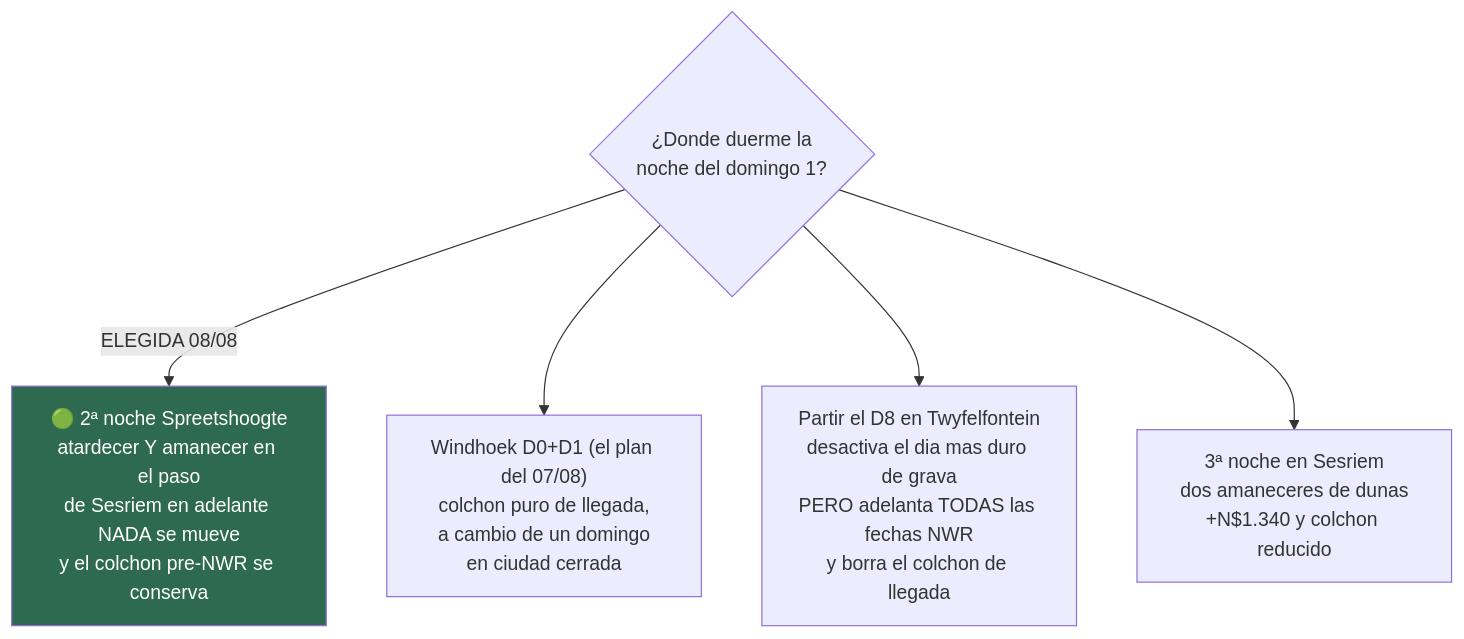
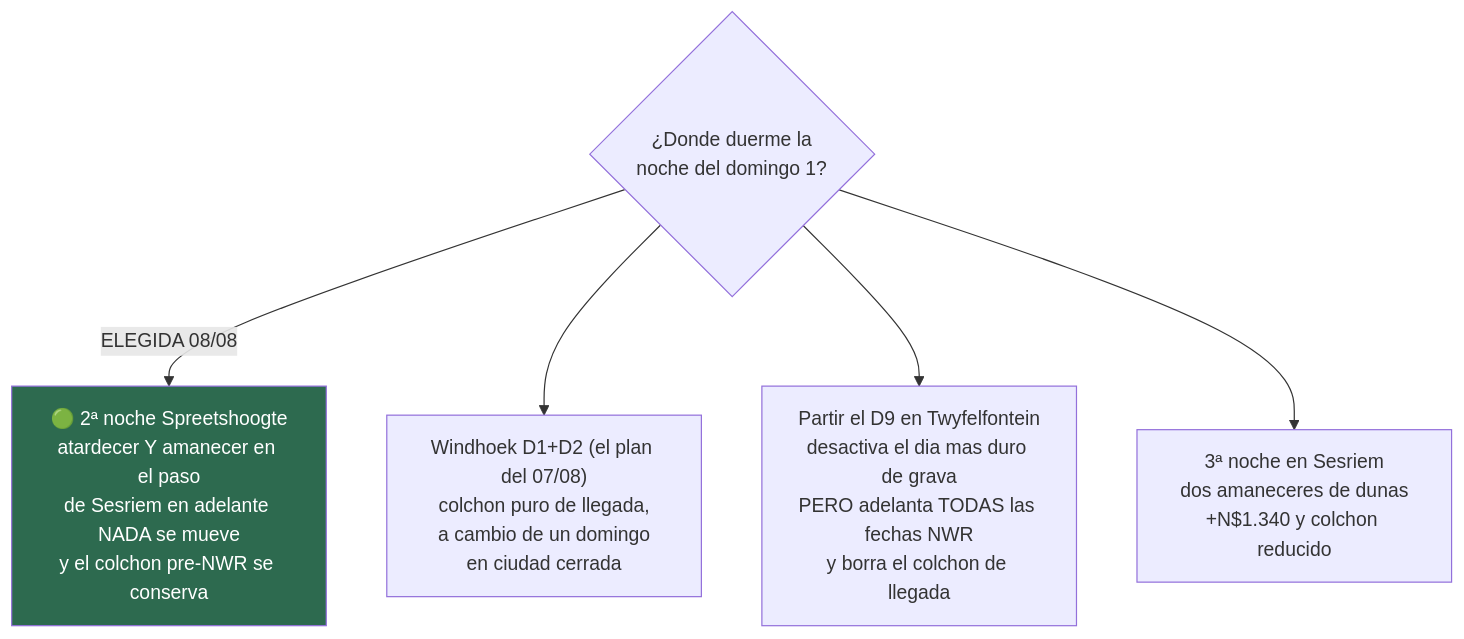
The fourth of 5 diagrams in 16-punto-de-decision.md (morandeirachema/namibia), drawn with Mermaid before and after one commit. The commit also changed other lines of this file and 54 other files, not shown here.

````diff
--- a/16-punto-de-decision.md
+++ b/16-punto-de-decision.md
@@ -194,9 +194,9 @@
 ```mermaid
 flowchart TD
     Q{"¿Donde duerme la<br/>noche del domingo 1?"}
     Q -->|"ELEGIDA 08/08"| A["🟢 2ª noche Spreetshoogte<br/>atardecer Y amanecer en el paso<br/>de Sesriem en adelante NADA se mueve<br/>y el colchon pre-NWR se conserva"]
-    Q --> B["Windhoek D0+D1 (el plan del 07/08)<br/>colchon puro de llegada,<br/>a cambio de un domingo<br/>en ciudad cerrada"]
-    Q --> C["Partir el D8 en Twyfelfontein<br/>desactiva el dia mas duro de grava<br/>PERO adelanta TODAS las fechas NWR<br/>y borra el colchon de llegada"]
+    Q --> B["Windhoek D1+D2 (el plan del 07/08)<br/>colchon puro de llegada,<br/>a cambio de un domingo<br/>en ciudad cerrada"]
+    Q --> C["Partir el D9 en Twyfelfontein<br/>desactiva el dia mas duro de grava<br/>PERO adelanta TODAS las fechas NWR<br/>y borra el colchon de llegada"]
     Q --> D["3ª noche en Sesriem<br/>dos amaneceres de dunas<br/>+N$1.340 y colchon reducido"]
     style A fill:#2d6a4f,color:#fff
 ```
````
